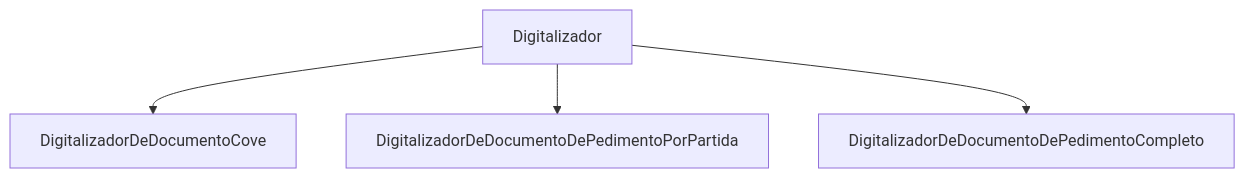
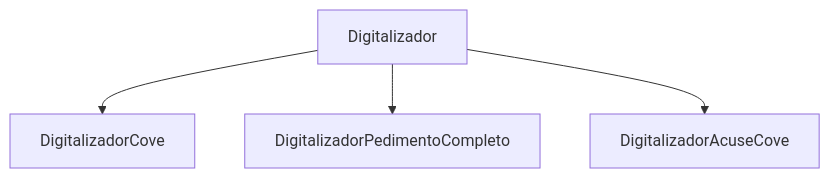
One commit to fegarza/aduasis-doc changed the first of 2 diagrams in docs/digitalizador/introduccion.md. Above: the diagram before and after it, drawn with Mermaid. The commit also changed other lines of this file and 2 other files, not shown here.

````diff
--- a/docs/digitalizador/introduccion.md
+++ b/docs/digitalizador/introduccion.md
@@ -20,6 +17,6 @@
 ```mermaid
 flowchart TD
-    Digitalizador --> DigitalizadorDeDocumentoCove
-    Digitalizador --> DigitalizadorDeDocumentoDePedimentoPorPartida
-    Digitalizador --> DigitalizadorDeDocumentoDePedimentoCompleto
+    Digitalizador --> DigitalizadorCove
+    Digitalizador --> DigitalizadorPedimentoCompleto
+    Digitalizador --> DigitalizadorAcuseCove
 ```
````
